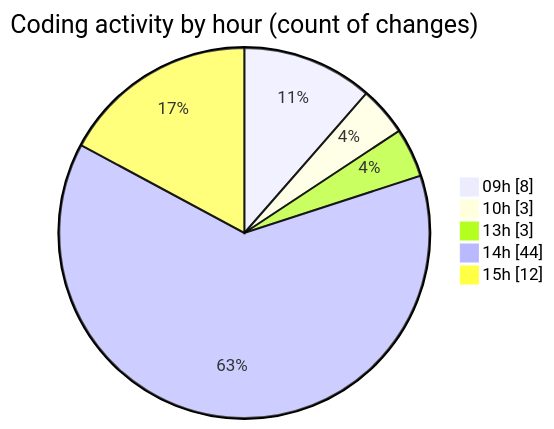
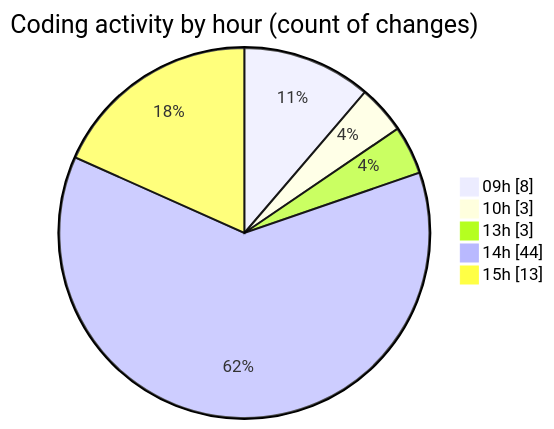
The second of 2 diagrams in 2026-04-09/cda/README.md (momahboobian/code-tracking), drawn with Mermaid before and after one commit. The commit also changed other lines of this file and 1 other file, not shown here.

````diff
--- a/2026-04-09/cda/README.md
+++ b/2026-04-09/cda/README.md
@@ -43,9 +44,9 @@
 ```mermaid
 pie showData
 title Coding activity by hour (count of changes)
 "09h" : 8
 "10h" : 3
 "13h" : 3
 "14h" : 44
-"15h" : 12
+"15h" : 13
 ```
````
